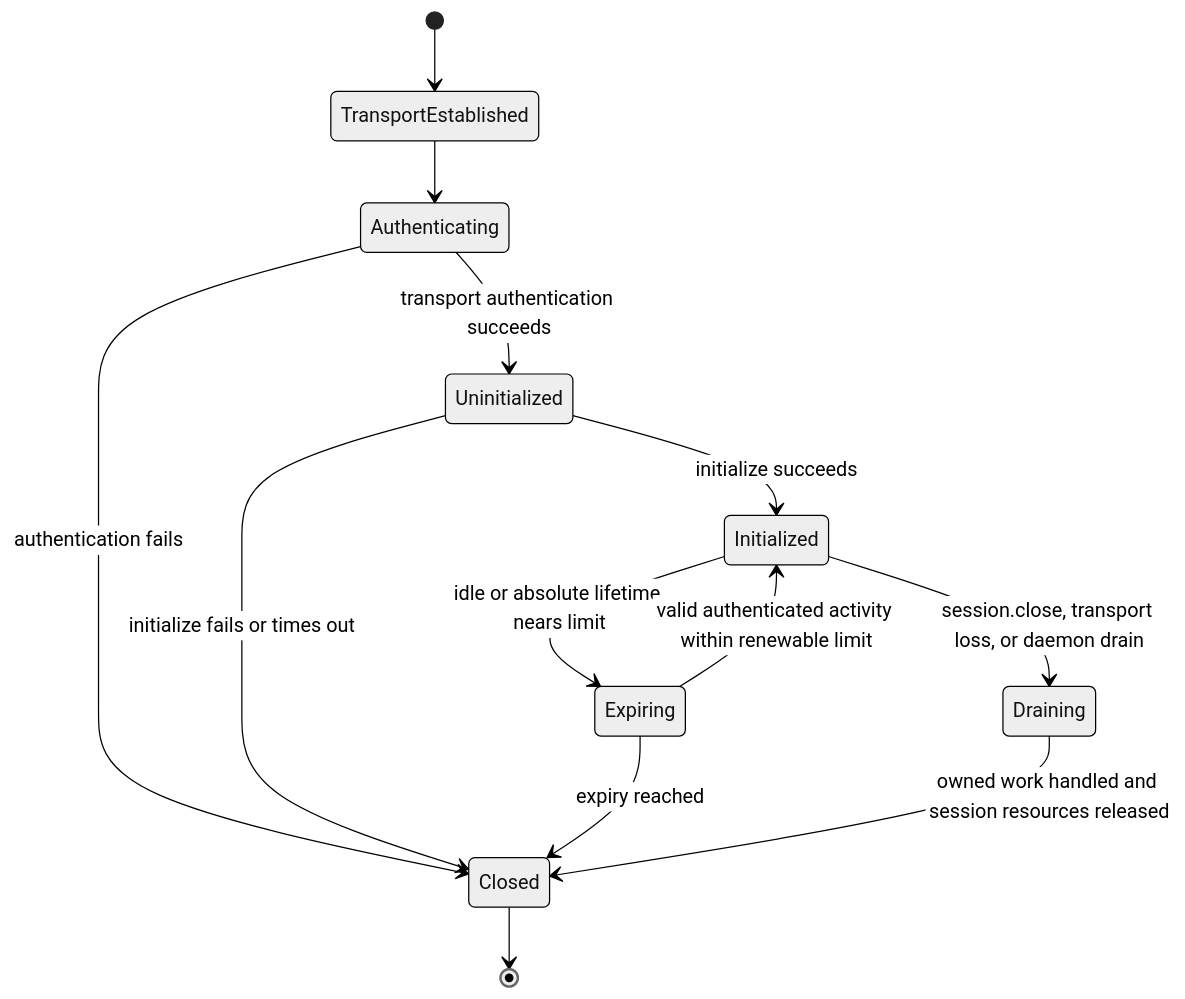
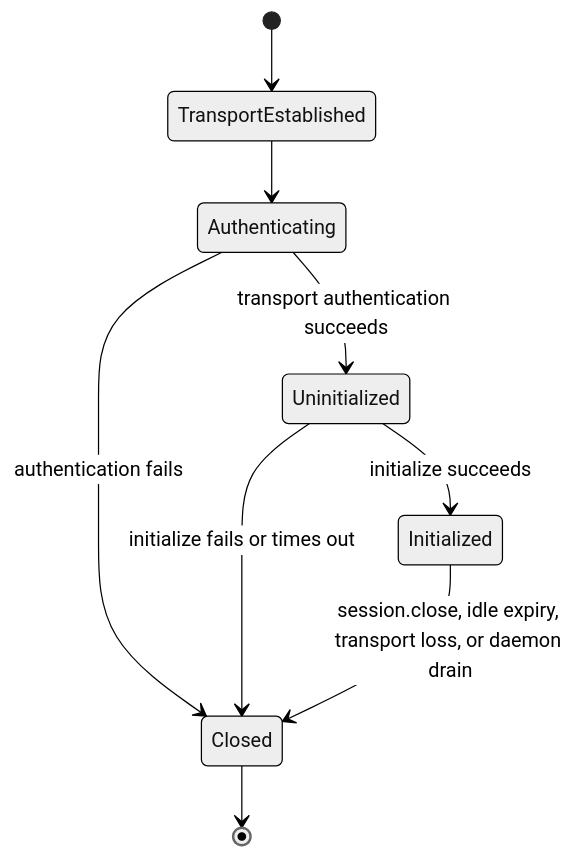
The diagram in spec/agent-envd/03-transports-and-sessions.md (LTThreeComma/agent-foundation), drawn with Mermaid (neutral theme) before and after one commit. The commit also changed other lines of this file and 41 other files, not shown here.

````diff
--- a/spec/agent-envd/03-transports-and-sessions.md
+++ b/spec/agent-envd/03-transports-and-sessions.md
@@ -23,15 +23,11 @@
 ```mermaid
 stateDiagram-v2
     [*] --> TransportEstablished
     TransportEstablished --> Authenticating
     Authenticating --> Uninitialized: transport authentication succeeds
     Authenticating --> Closed: authentication fails
     Uninitialized --> Initialized: initialize succeeds
     Uninitialized --> Closed: initialize fails or times out
-    Initialized --> Expiring: idle or absolute lifetime nears limit
-    Expiring --> Initialized: valid authenticated activity within renewable limit
-    Expiring --> Closed: expiry reached
-    Initialized --> Draining: session.close, transport loss, or daemon drain
-    Draining --> Closed: owned work handled and session resources released
+    Initialized --> Closed: session.close, idle expiry, transport loss, or daemon drain
     Closed --> [*]
 ```
````
